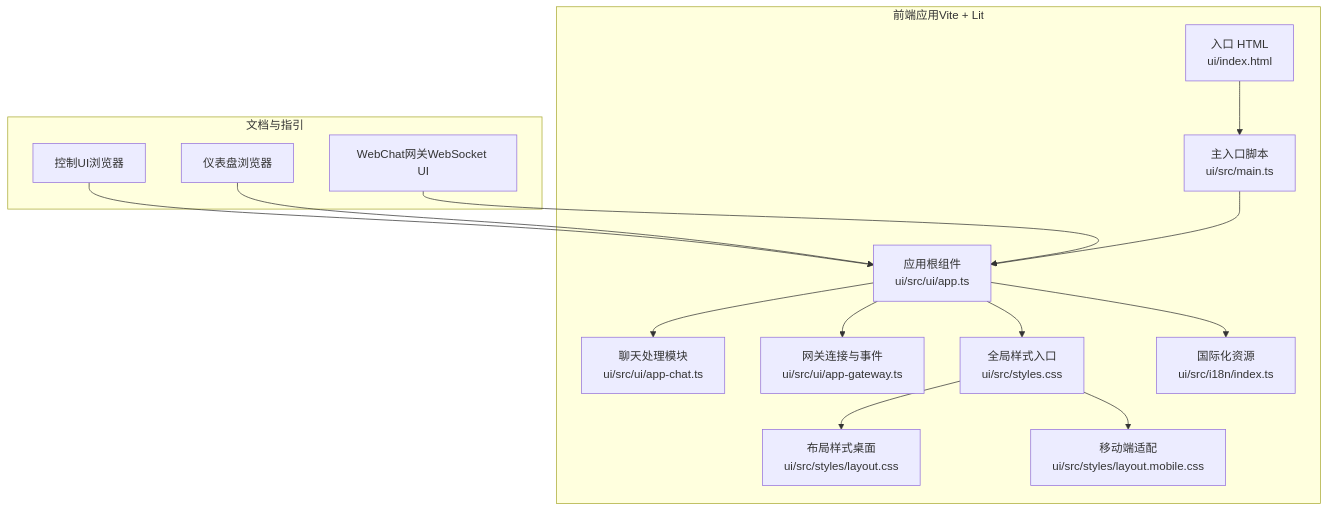
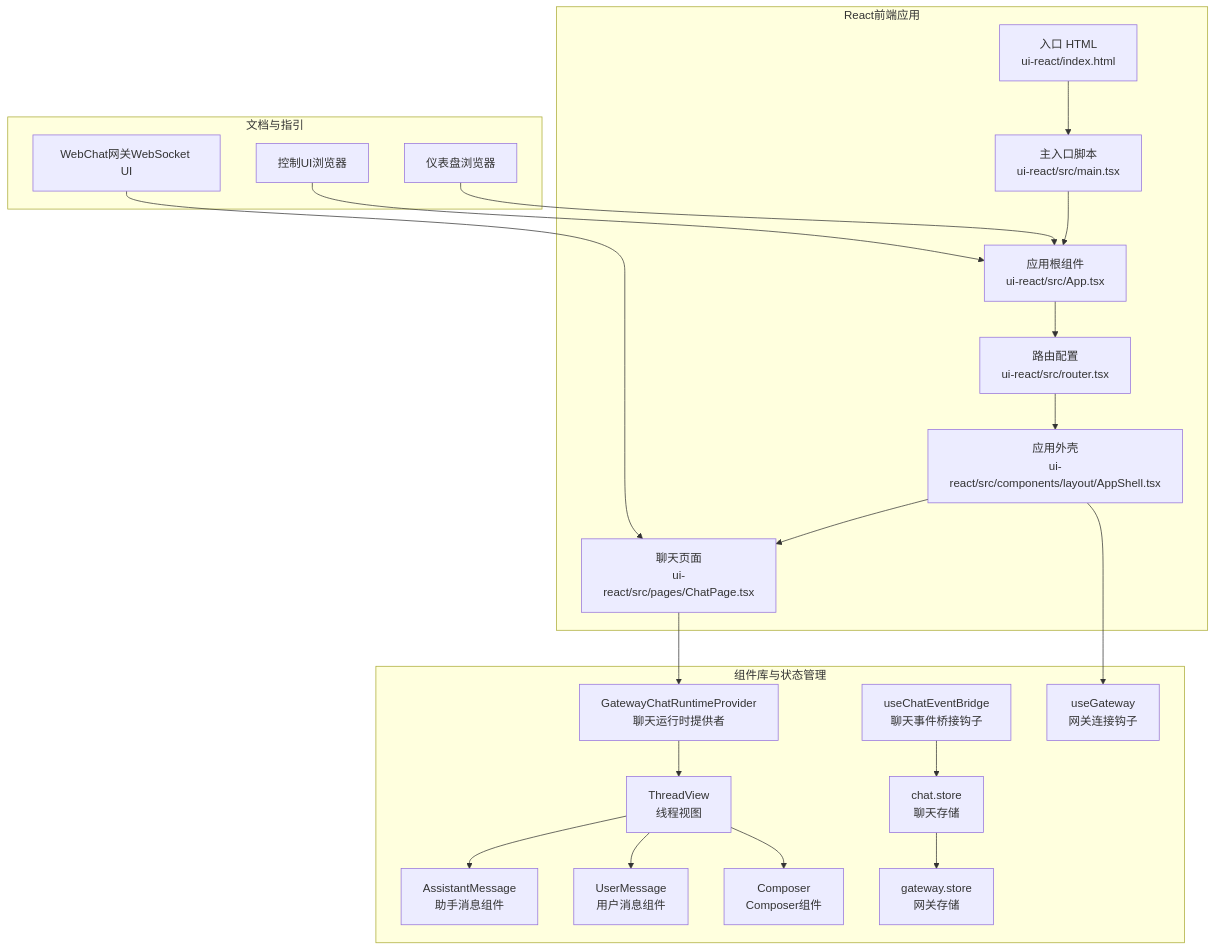
One commit to verse-ai-org/openclaw changed the first of 5 diagrams in .qoder/repowiki/zh/content/Web界面/Web界面.md. Above: the diagram before and after it, drawn with Mermaid. The commit also changed other lines of this file and 19 other files, not shown here.

````diff
--- a/.qoder/repowiki/zh/content/Web界面/Web界面.md
+++ b/.qoder/repowiki/zh/content/Web界面/Web界面.md
@@ -47,28 +54,42 @@
 ```mermaid
 graph TB
 subgraph "文档与指引"
 D1["控制UI浏览器"]
 D2["仪表盘浏览器"]
 D3["WebChat网关WebSocket UI"]
 end
-subgraph "前端应用Vite + Lit"
-H["入口 HTML<br/>ui/index.html"]
-M["主入口脚本<br/>ui/src/main.ts"]
-A["应用根组件<br/>ui/src/ui/app.ts"]
-C["聊天处理模块<br/>ui/src/ui/app-chat.ts"]
-G["网关连接与事件<br/>ui/src/ui/app-gateway.ts"]
-S["全局样式入口<br/>ui/src/styles.css"]
-L["布局样式桌面<br/>ui/src/styles/layout.css"]
-LM["移动端适配<br/>ui/src/styles/layout.mobile.css"]
-I18N["国际化资源<br/>ui/src/i18n/index.ts"]
+subgraph "React前端应用"
+H["入口 HTML<br/>ui-react/index.html"]
+M["主入口脚本<br/>ui-react/src/main.tsx"]
+A["应用根组件<br/>ui-react/src/App.tsx"]
+R["路由配置<br/>ui-react/src/router.tsx"]
+AS["应用外壳<br/>ui-react/src/components/layout/AppShell.tsx"]
+CP["聊天页面<br/>ui-react/src/pages/ChatPage.tsx"]
+end
+subgraph "组件库与状态管理"
+GCR["GatewayChatRuntimeProvider<br/>聊天运行时提供者"]
+TV["ThreadView<br/>线程视图"]
+AM["AssistantMessage<br/>助手消息组件"]
+UM["UserMessage<br/>用户消息组件"]
+CM["Composer<br/>Composer组件"]
+CEB["useChatEventBridge<br/>聊天事件桥接钩子"]
+CS["chat.store<br/>聊天存储"]
+GS["gateway.store<br/>网关存储"]
+UG["useGateway<br/>网关连接钩子"]
 end
 D1 --> A
 D2 --> A
-D3 --> A
+D3 --> CP
 H --> M --> A
-A --> C
-A --> G
-A --> S --> L
-S --> LM
-A --> I18N
+A --> R
+R --> AS
+AS --> CP
+CP --> GCR
+GCR --> TV
+TV --> AM
+TV --> UM
+TV --> CM
+CEB --> CS
+CS --> GS
+AS --> UG
 ```
````
